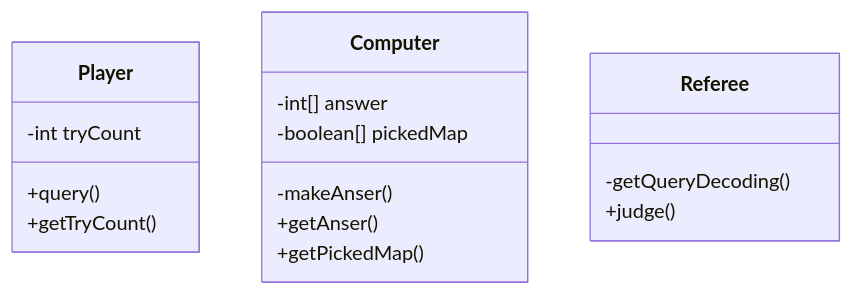
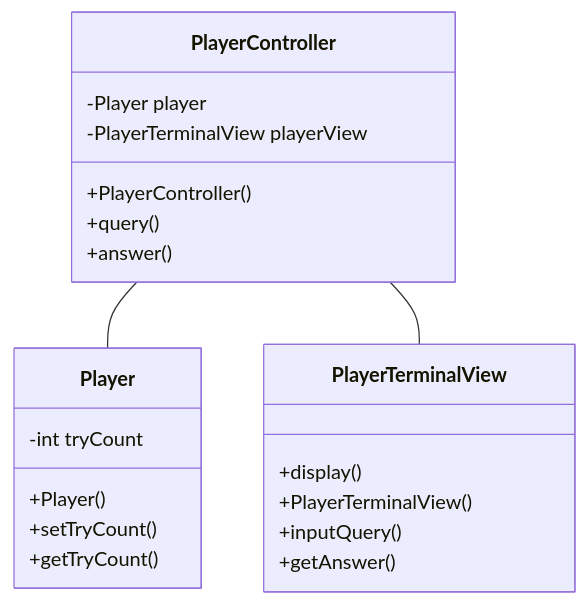
Before and after one commit to woowacourse-precourse/java-baseball-6: the diagram in docs/README.md, drawn with Mermaid. The commit also changed other lines of this file, not shown here.

Commit message:
docs : modify diagram

````diff
--- a/docs/README.md
+++ b/docs/README.md
@@ -15,19 +15,27 @@
 ```mermaid
 classDiagram
+    PlayerController -- Player
+    PlayerController -- PlayerTerminalView
+
     class Player{
         -int tryCount
-        +query()
+        +Player()
+        +setTryCount()
         +getTryCount()
     }
-    class Computer{
-        -int[] answer
-        -boolean[] pickedMap
-        -makeAnser()
-        +getAnser()
-        +getPickedMap()
+    class PlayerTerminalView{
+        +display()
+        +PlayerTerminalView()
+        +inputQuery()
+        +getAnswer()
     }
-    class Referee {
-        -getQueryDecoding()
-        +judge()    
+    class PlayerController{
+        -Player player
+        -PlayerTerminalView playerView
+        +PlayerController()
+        +query()
+        +answer()
     }
+
+
 ```
````
